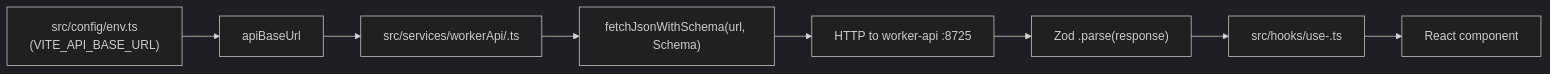
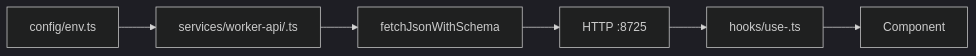
The diagram in apps/front-app/AGENTS.md (louisbrulenaudet/monorepo-template), drawn with Mermaid (dark theme) before and after one commit. The commit also changed other lines of this file and 190 other files, not shown here.

````diff
--- a/apps/front-app/AGENTS.md
+++ b/apps/front-app/AGENTS.md
@@ -80,10 +46,8 @@
 ```mermaid
 flowchart LR
-  EnvTs["src/config/env.ts\n(VITE_API_BASE_URL)"] --> BaseUrl["apiBaseUrl"]
-  BaseUrl --> Service["src/services/workerApi/<feature>.ts"]
-  Service --> Fetch["fetchJsonWithSchema(url, Schema)"]
-  Fetch --> HTTP["HTTP to worker-api :8725"]
-  HTTP --> ZodParse["Zod .parse(response)"]
-  ZodParse --> Hook["src/hooks/use-<feature>.ts"]
-  Hook --> Component["React component"]
+  Env["config/env.ts"] --> Service["services/worker-api/<feature>.ts"]
+  Service --> Fetch["fetchJsonWithSchema"]
+  Fetch --> HTTP["HTTP :8725"]
+  HTTP --> Hook["hooks/use-<feature>.ts"]
+  Hook --> UI["Component"]
 ```
````
